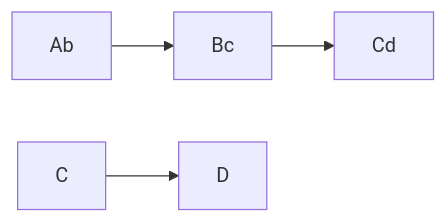
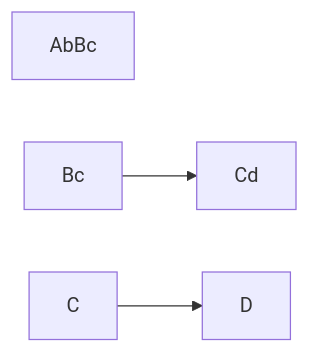
One commit to awarbler/CSE212-Final-AW changed the diagram in 2-topic.md. Above: the diagram before and after it, drawn with Mermaid.

````diff
--- a/2-topic.md
+++ b/2-topic.md
@@ -14,6 +14,6 @@
 ```mermaid
   graph LR;
-      Ab-->Bc;
+      AbBc;
       Bc-->Cd;
       C-->D;
 ```
````
